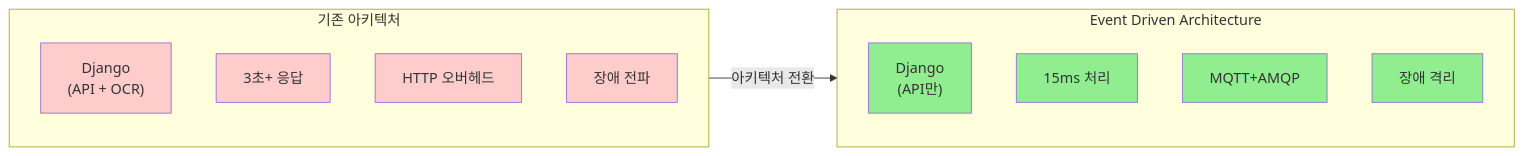
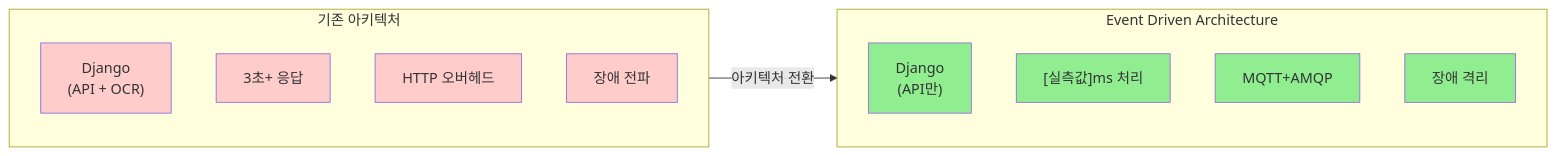
One commit to Qualcom-Capstone/backend changed the fourth of 5 diagrams in docs/performance-analysis.md. Above: the diagram before and after it, drawn with Mermaid. The commit also changed other lines of this file and 7 other files, not shown here.

````diff
--- a/docs/performance-analysis.md
+++ b/docs/performance-analysis.md
@@ -698,26 +943,26 @@
 ```mermaid
 graph LR
     subgraph Before["기존 아키텍처"]
         B1["Django<br/>(API + OCR)"]
         B2["3초+ 응답"]
         B3["HTTP 오버헤드"]
         B4["장애 전파"]
         style B1 fill:#ffcccc
         style B2 fill:#ffcccc
         style B3 fill:#ffcccc
         style B4 fill:#ffcccc
     end
 
     subgraph After["Event Driven Architecture"]
         A1["Django<br/>(API만)"]
-        A2["15ms 처리"]
+        A2["[실측값]ms 처리"]
         A3["MQTT+AMQP"]
         A4["장애 격리"]
         style A1 fill:#90EE90
         style A2 fill:#90EE90
         style A3 fill:#90EE90
         style A4 fill:#90EE90
     end
 
     Before -->|"아키텍처 전환"| After
 ```
````
